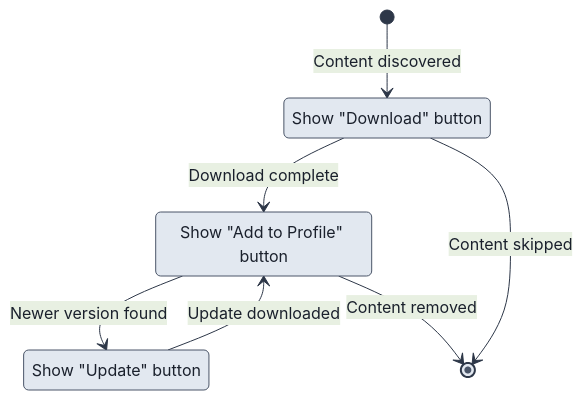
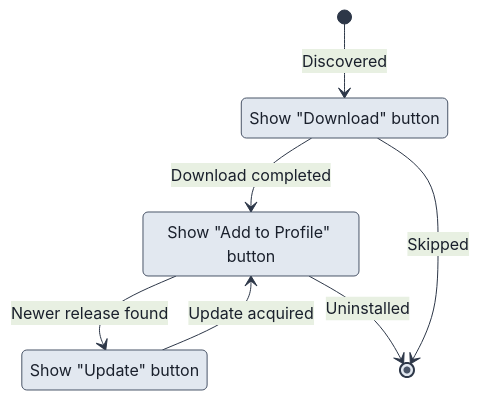
Before and after one commit to undead2146/GenHub: the second of 9 diagrams in docs/FlowCharts/Downloads-Flow.md, drawn with Mermaid. The commit also changed other lines of this file and 215 other files, not shown here.

````diff
--- a/docs/FlowCharts/Downloads-Flow.md
+++ b/docs/FlowCharts/Downloads-Flow.md
@@ -105,24 +111,24 @@
 ```mermaid
 %%{init: {
   'theme': 'base',
   'themeVariables': {
     'primaryColor': '#e2e8f0',
     'primaryTextColor': '#1a202c',
     'primaryBorderColor': '#4a5568',
     'lineColor': '#2d3748',
     'background': '#ffffff'
   }
 }}%%
 
 stateDiagram-v2
-    [*] --> NotDownloaded: Content discovered
-    NotDownloaded --> Downloaded: Download complete
-    Downloaded --> UpdateAvailable: Newer version found
-    UpdateAvailable --> Downloaded: Update downloaded
-    Downloaded --> [*]: Content removed
-    NotDownloaded --> [*]: Content skipped
+    [*] --> NotDownloaded: Discovered
+    NotDownloaded --> Downloaded: Download completed
+    Downloaded --> UpdateAvailable: Newer release found
+    UpdateAvailable --> Downloaded: Update acquired
+    Downloaded --> [*]: Uninstalled
+    NotDownloaded --> [*]: Skipped
 
     NotDownloaded: Show "Download" button
     Downloaded: Show "Add to Profile" button
     UpdateAvailable: Show "Update" button
 ```
````
